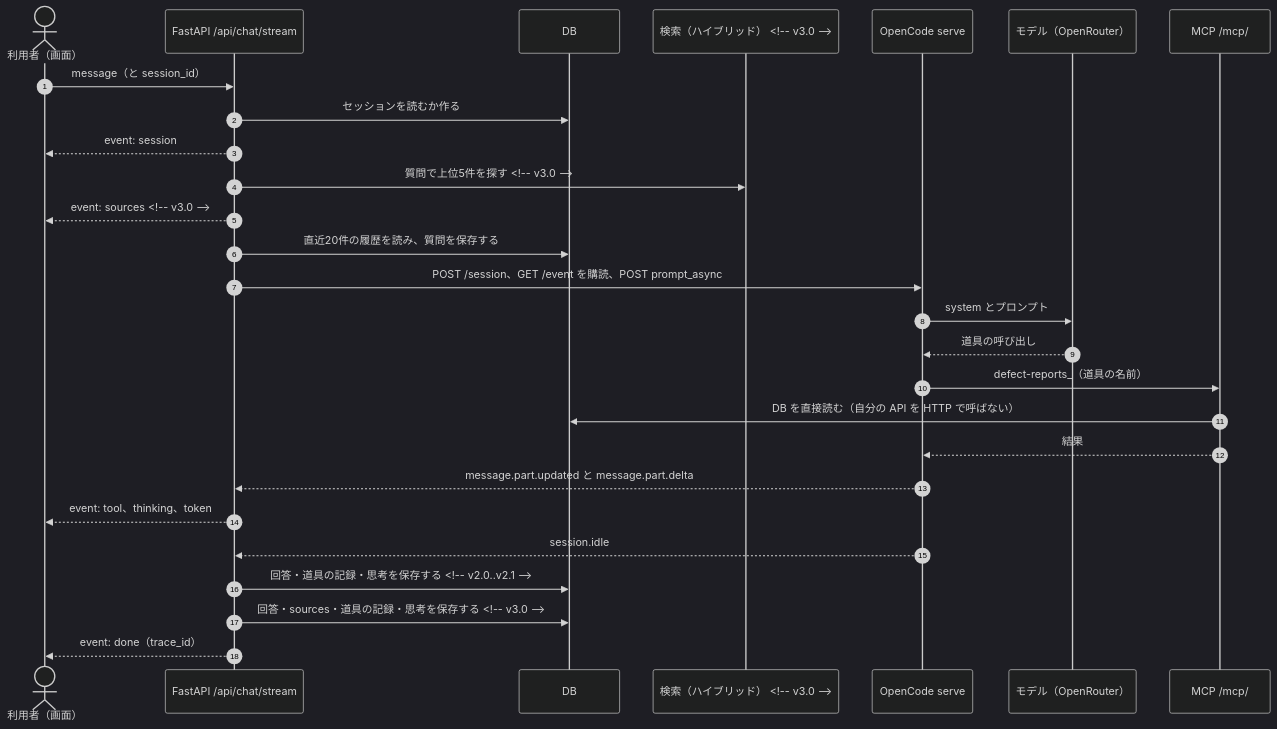
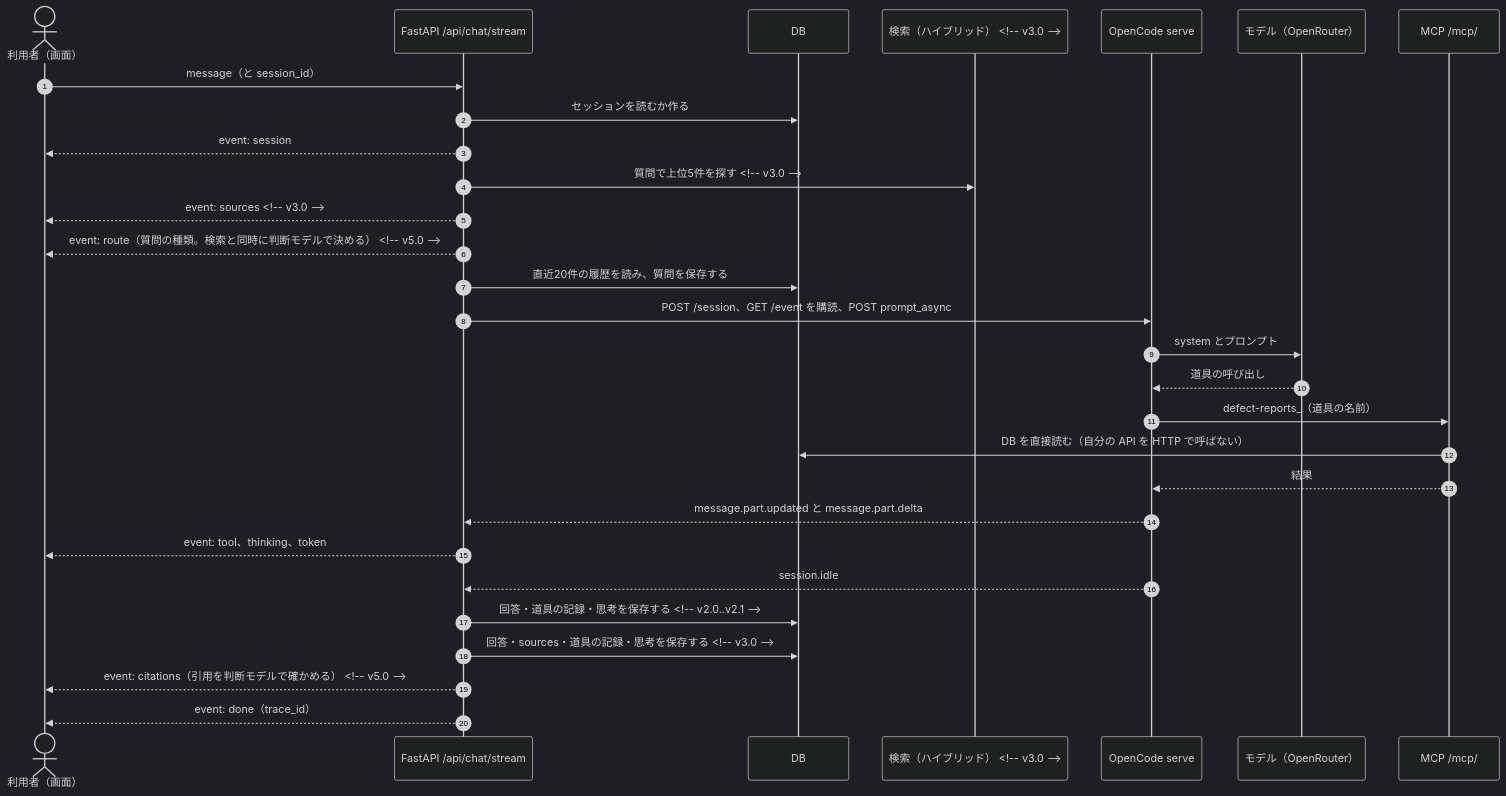
The second of 4 diagrams in docs/spec_src/06_AI設計書.md (luvwinnie/2026_ai_seminar), drawn with Mermaid (dark theme) before and after one commit. The commit also changed other lines of this file and 15 other files, not shown here.

````diff
--- a/docs/spec_src/06_AI設計書.md
+++ b/docs/spec_src/06_AI設計書.md
@@ -107,29 +109,31 @@
 ```mermaid
 sequenceDiagram
     autonumber
     actor U as 利用者（画面）
     participant API as FastAPI /api/chat/stream
     participant DB as DB
     participant S as 検索（ハイブリッド） <!-- v3.0 -->
     participant OC as OpenCode serve
     participant M as モデル（OpenRouter）
     participant MCP as MCP /mcp/
     U->>API: message（と session_id）
     API->>DB: セッションを読むか作る
     API-->>U: event: session
     API->>S: 質問で上位5件を探す <!-- v3.0 -->
     API-->>U: event: sources <!-- v3.0 -->
+    API-->>U: event: route（質問の種類。検索と同時に判断モデルで決める） <!-- v5.0 -->
     API->>DB: 直近20件の履歴を読み、質問を保存する
     API->>OC: POST /session、GET /event を購読、POST prompt_async
     OC->>M: system とプロンプト
     M-->>OC: 道具の呼び出し
     OC->>MCP: defect-reports_（道具の名前）
     MCP->>DB: DB を直接読む（自分の API を HTTP で呼ばない）
     MCP-->>OC: 結果
     OC-->>API: message.part.updated と message.part.delta
     API-->>U: event: tool、thinking、token
     OC-->>API: session.idle
     API->>DB: 回答・道具の記録・思考を保存する <!-- v2.0..v2.1 -->
     API->>DB: 回答・sources・道具の記録・思考を保存する <!-- v3.0 -->
+    API-->>U: event: citations（引用を判断モデルで確かめる） <!-- v5.0 -->
     API-->>U: event: done（trace_id）
 ```
````
